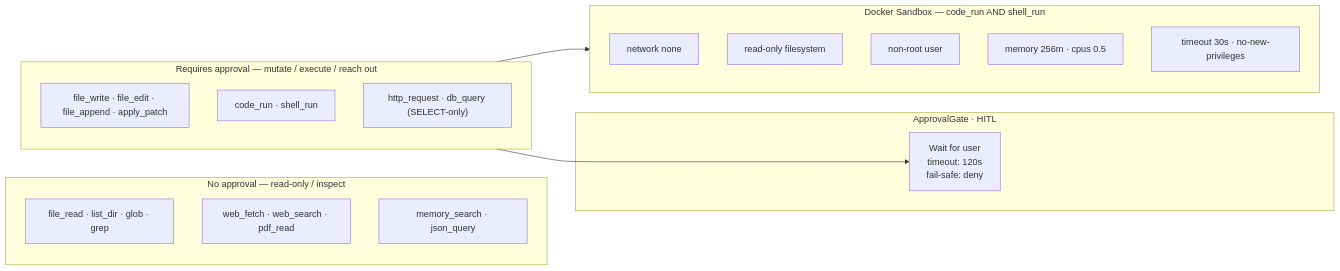
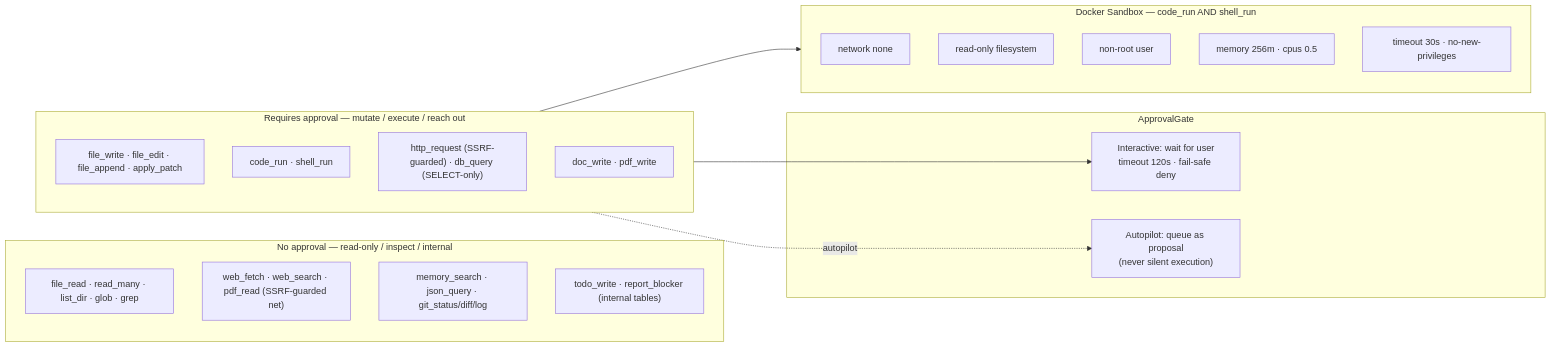
Before and after one commit to MuhammadHasbiAshshiddieqy/OpenClawn: the third of 5 diagrams in README.md, drawn with Mermaid. The commit also changed other lines of this file, not shown here.

First line of the commit message:
docs(readme): bring all architecture diagrams up to v0.4

````diff
--- a/README.md
+++ b/README.md
@@ -268,32 +295,36 @@
 ```mermaid
 flowchart LR
-    subgraph SAFE["No approval — read-only / inspect"]
+    subgraph SAFE["No approval — read-only / inspect / internal"]
         direction TB
-        R1["file_read · list_dir · glob · grep"]
-        R2["web_fetch · web_search · pdf_read"]
-        R3["memory_search · json_query"]
+        R1["file_read · read_many · list_dir · glob · grep"]
+        R2["web_fetch · web_search · pdf_read (SSRF-guarded net)"]
+        R3["memory_search · json_query · git_status/diff/log"]
+        R4["todo_write · report_blocker (internal tables)"]
     end
 
     subgraph GATED["Requires approval — mutate / execute / reach out"]
         direction TB
         G1["file_write · file_edit · file_append · apply_patch"]
         G2["code_run · shell_run"]
-        G3["http_request · db_query (SELECT-only)"]
+        G3["http_request (SSRF-guarded) · db_query (SELECT-only)"]
+        G4["doc_write · pdf_write"]
     end
 
-    subgraph APPROVAL_GATE["ApprovalGate · HITL"]
-        AG["Wait for user<br/>timeout: 120s<br/>fail-safe: deny"]
+    subgraph APPROVAL_GATE["ApprovalGate"]
+        AG["Interactive: wait for user<br/>timeout 120s · fail-safe deny"]
+        AGP["Autopilot: queue as proposal<br/>(never silent execution)"]
     end
 
     subgraph SANDBOX["Docker Sandbox — code_run AND shell_run"]
         direction TB
         S1["network none"]
         S2["read-only filesystem"]
         S3["non-root user"]
         S4["memory 256m · cpus 0.5"]
         S5["timeout 30s · no-new-privileges"]
     end
 
     GATED --> AG
+    GATED -.autopilot.-> AGP
     G2 --> SANDBOX
 ```
````
